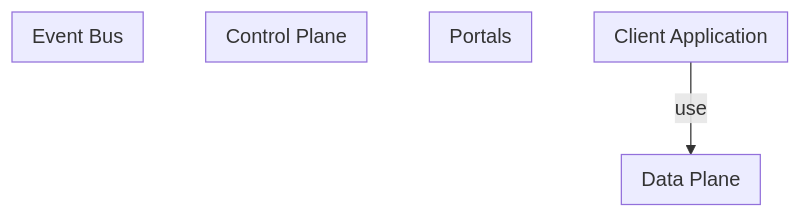
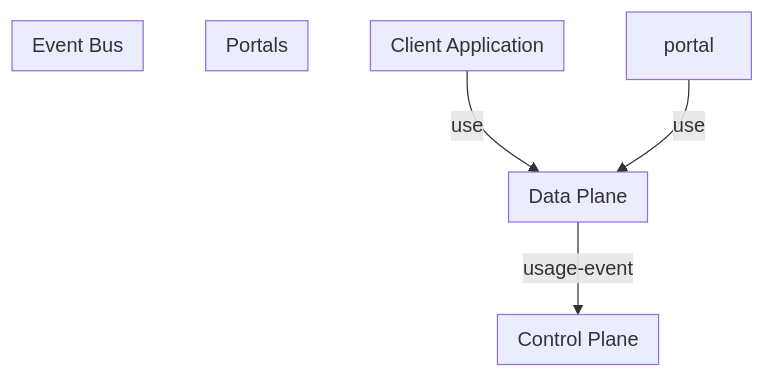
Before and after one commit to anhttmle/CAIO: the diagram in NuiTruc/NT-Omni.md, drawn with Mermaid.

````diff
--- a/NuiTruc/NT-Omni.md
+++ b/NuiTruc/NT-Omni.md
@@ -3,27 +3,30 @@
 ```mermaid
 
 flowchart TB
   subgraph clientApp [Client Application]
     
   end
 
   subgraph portals [Portals]
 
   end
 
   subgraph controlPlane [Control Plane]
     
   end
 
   subgraph eventBus [Event Bus]
 
   end
 
   subgraph dataPlane [Data Plane]
     
   end
 
   clientApp --use--> dataPlane
+  portal --use--> dataPlane
+  dataPlane --usage-event--> controlPlane
+  
   
 
 ```
````
